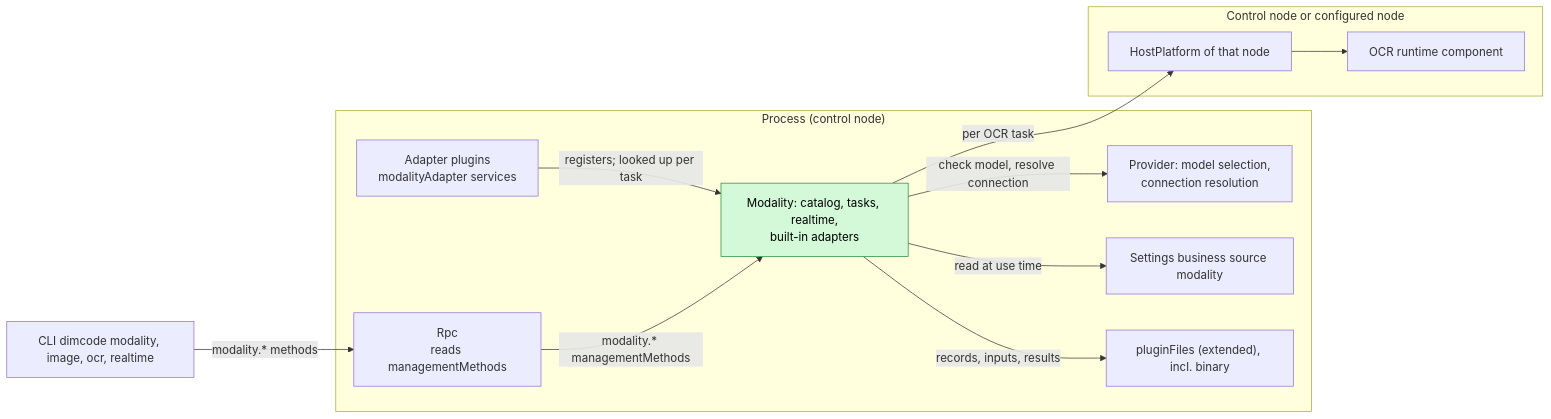
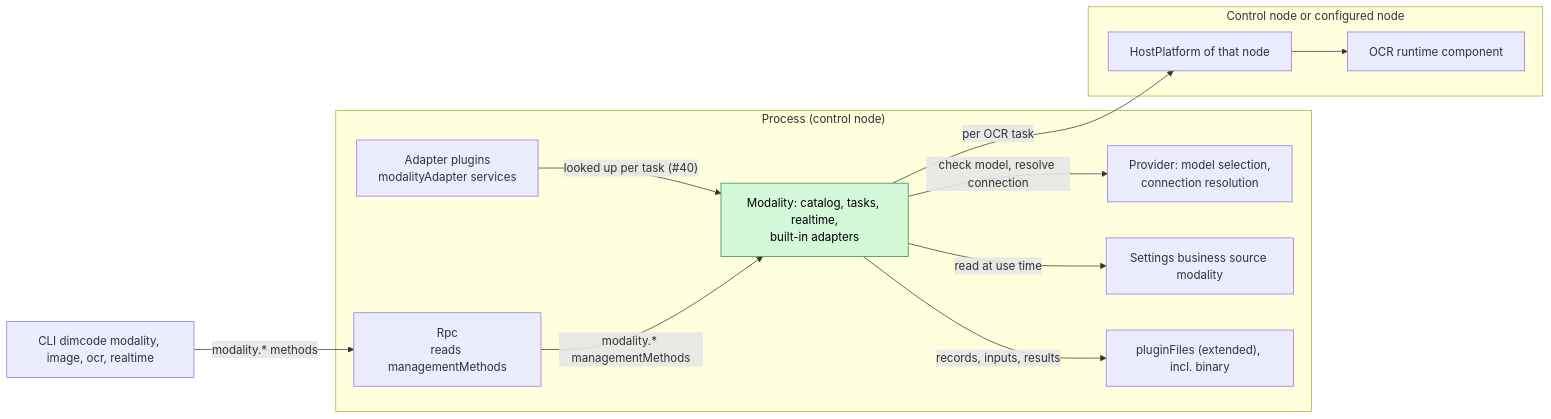
The first of 6 diagrams in docs/design/plugins/Modality.md (CoutinhoTTS/dim-agent), drawn with Mermaid before and after one commit. The commit also changed other lines of this file and 1 other file, not shown here.

````diff
--- a/docs/design/plugins/Modality.md
+++ b/docs/design/plugins/Modality.md
@@ -13,25 +13,25 @@
 ```mermaid
 flowchart LR
   subgraph PROC["Process (control node)"]
     Mod["Modality: catalog, tasks, realtime,<br/>built-in adapters"]:::new
     AdPlug["Adapter plugins<br/>modalityAdapter services"]
     Rpc["Rpc<br/>reads managementMethods"]
     Prov["Provider: model selection,<br/>connection resolution"]
     Set["Settings business source modality"]
     Store["pluginFiles (extended), incl. binary"]
   end
   subgraph NODE["Control node or configured node"]
     HP["HostPlatform of that node"]
     OCR["OCR runtime component"]
   end
   CLI["CLI dimcode modality, image, ocr, realtime"]
-  AdPlug -->|"registers; looked up per task"| Mod
+  AdPlug -->|"looked up per task (#40)"| Mod
   Mod -->|"per OCR task"| HP
   HP --> OCR
   Mod -->|"check model, resolve connection"| Prov
   Mod -->|"records, inputs, results"| Store
   Mod -->|"read at use time"| Set
   Rpc -->|"modality.* managementMethods"| Mod
   CLI -->|"modality.* methods"| Rpc
   classDef new fill:#d3f9d8,stroke:#2b8a3e,color:#000
 ```
````
